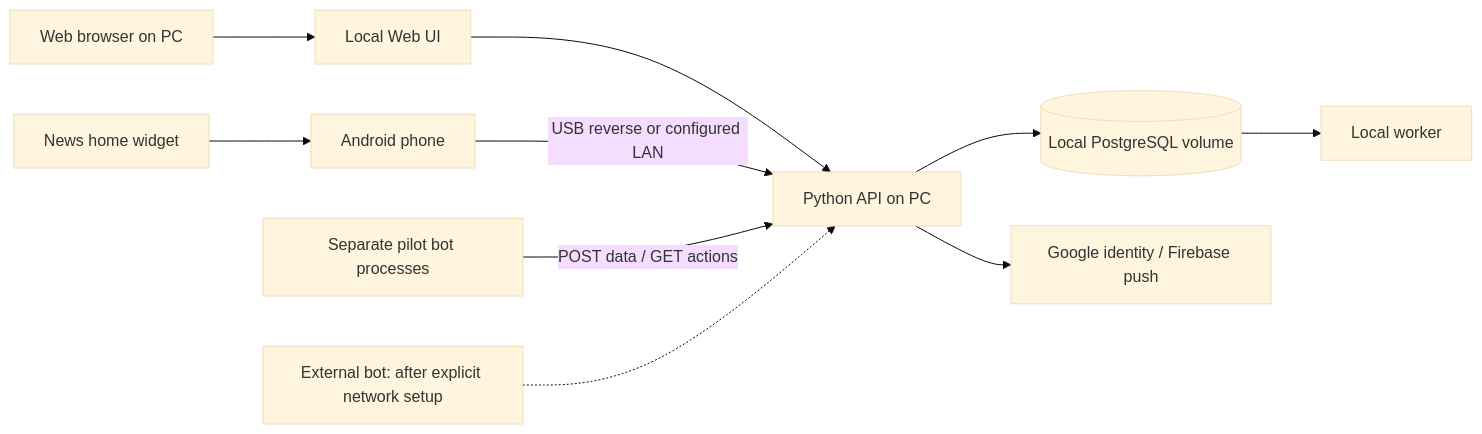
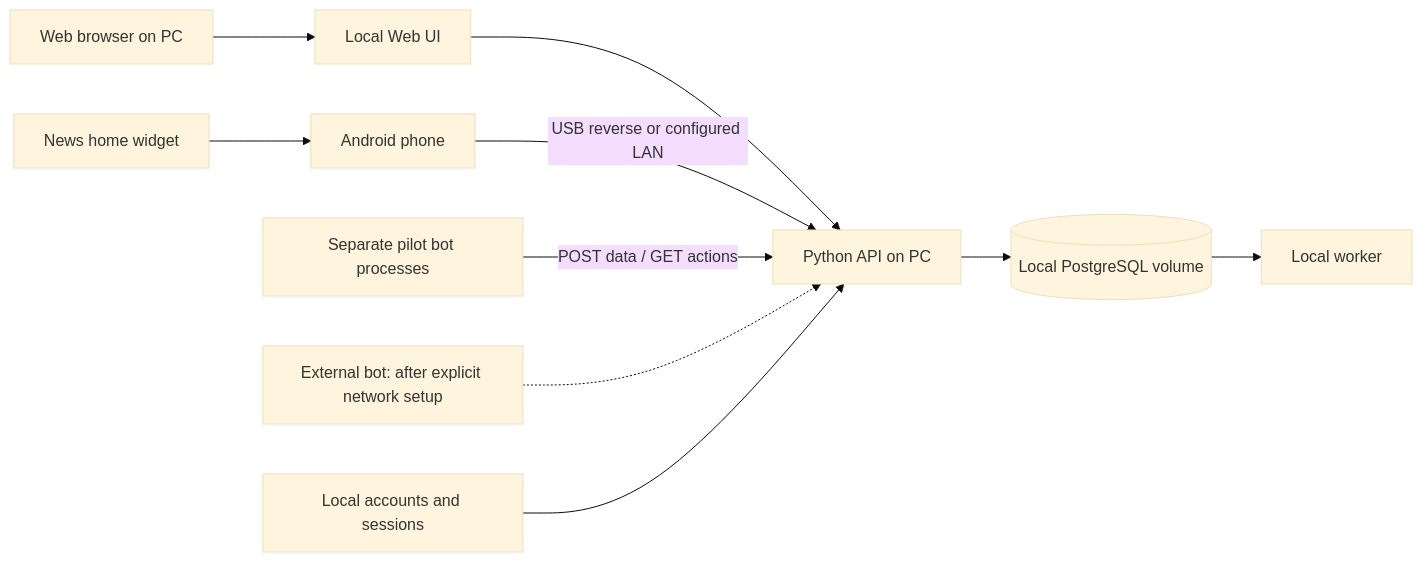
One commit to Villentretermert/ProjectMarket changed the diagram in docs/requirements/LOCAL_PILOT.md. Above: the diagram before and after it, drawn with Mermaid (base theme). The commit also changed other lines of this file and 100 other files, not shown here.

````diff
--- a/docs/requirements/LOCAL_PILOT.md
+++ b/docs/requirements/LOCAL_PILOT.md
@@ -7,12 +7,12 @@
 ```mermaid
 flowchart LR
   Browser[Web browser on PC] --> Web[Local Web UI]
   Web --> API[Python API on PC]
   Phone[Android phone] -->|USB reverse or configured LAN| API
   Widget[News home widget] --> Phone
   API --> DB[(Local PostgreSQL volume)]
   DB --> Worker[Local worker]
   Bot[Separate pilot bot processes] -->|POST data / GET actions| API
   Remote[External bot: after explicit network setup] -.-> API
-  API --> Google[Google identity / Firebase push]
+  LocalIdentity[Local accounts and sessions] --> API
 ```
````
